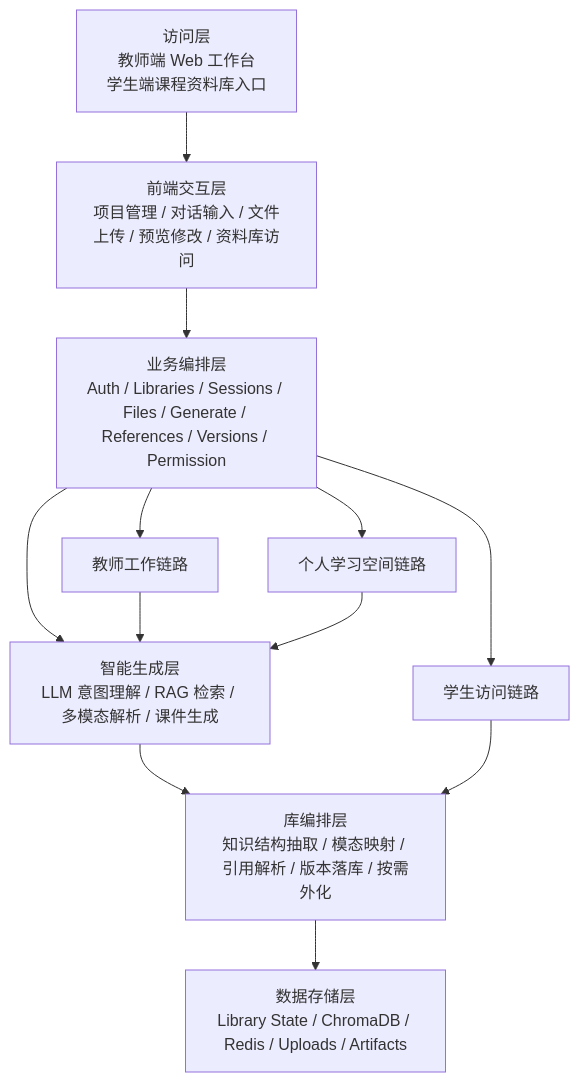
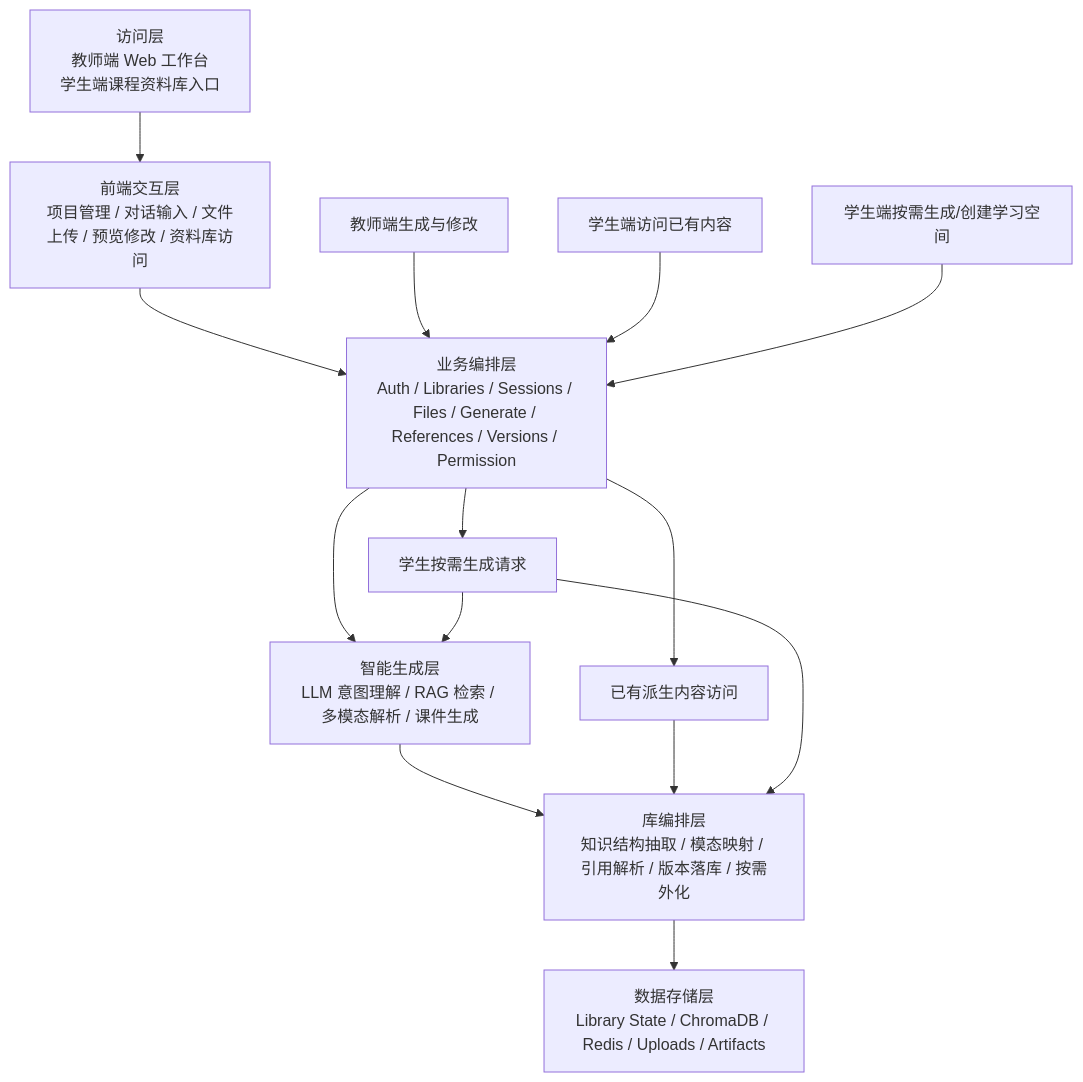
Before and after one commit to ln-one/Spectra: the first of 3 diagrams in docs/competition/04-architecture.md, drawn with Mermaid. The commit also changed other lines of this file and 3 other files, not shown here.

Commit message:
Refine competition Mermaid diagrams

````diff
--- a/docs/competition/04-architecture.md
+++ b/docs/competition/04-architecture.md
@@ -36,15 +36,19 @@
 ```mermaid
 flowchart TD
     A["访问层<br/>教师端 Web 工作台<br/>学生端课程资料库入口"] --> B["前端交互层<br/>项目管理 / 对话输入 / 文件上传 / 预览修改 / 资料库访问"]
     B --> C["业务编排层<br/>Auth / Libraries / Sessions / Files / Generate / References / Versions / Permission"]
     C --> D["智能生成层<br/>LLM 意图理解 / RAG 检索 / 多模态解析 / 课件生成"]
     D --> E["库编排层<br/>知识结构抽取 / 模态映射 / 引用解析 / 版本落库 / 按需外化"]
     E --> F["数据存储层<br/>Library State / ChromaDB / Redis / Uploads / Artifacts"]
 
-    C --> G["教师工作链路"]
-    C --> H["学生访问链路"]
-    C --> I["个人学习空间链路"]
-    G --> D
-    H --> E
-    I --> D
+    G["教师端生成与修改"] --> C
+    H["学生端访问已有内容"] --> C
+    I["学生端按需生成/创建学习空间"] --> C
+
+    C --> J["已有派生内容访问"]
+    J --> E
+
+    C --> K["学生按需生成请求"]
+    K --> D
+    K --> E
 ```
````
